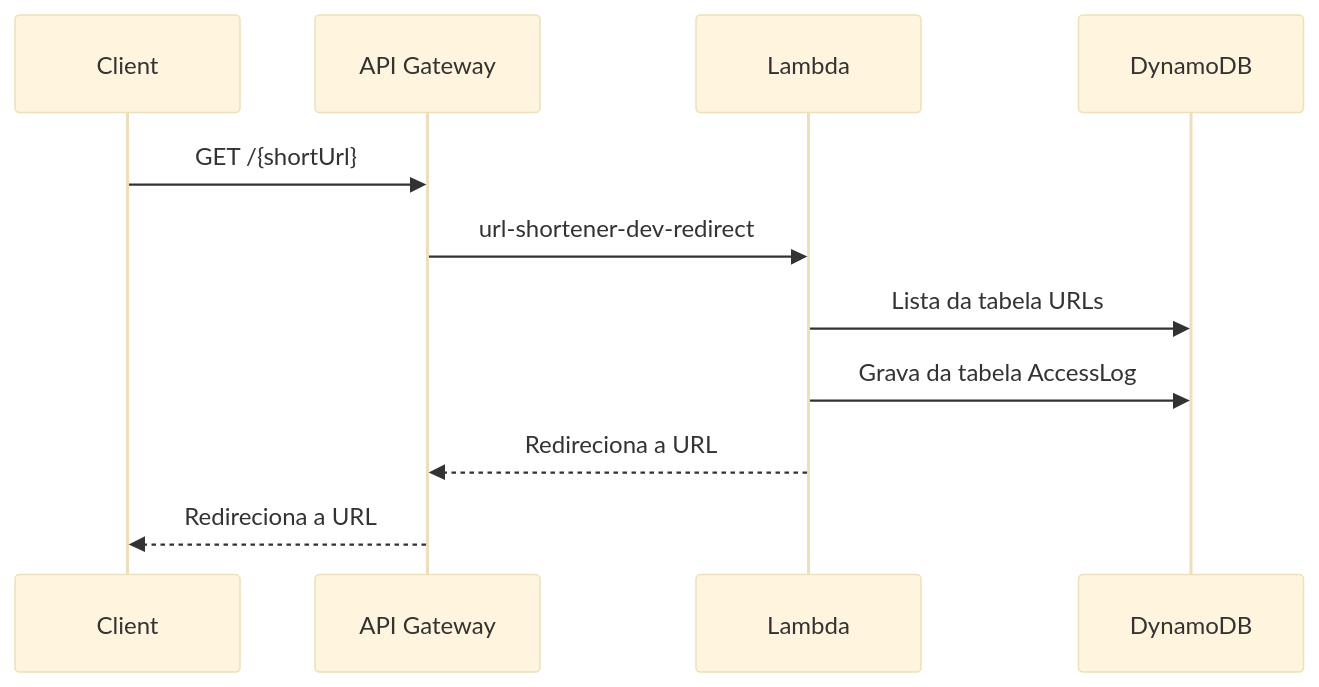
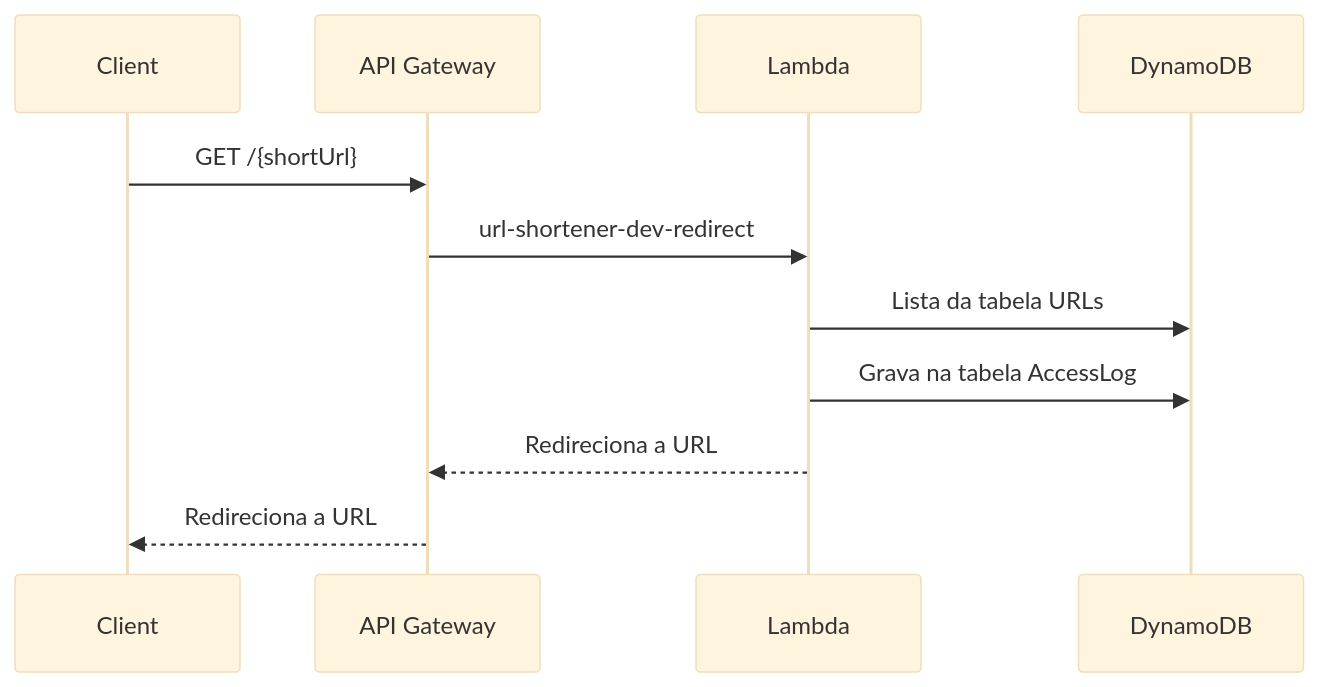
Before and after one commit to guimathiago/url-shortener: the third of 4 diagrams in README.md, drawn with Mermaid (base theme). The commit also changed other lines of this file, not shown here.

````diff
--- a/README.md
+++ b/README.md
@@ -98,14 +99,14 @@
 ```mermaid
 sequenceDiagram
 participant Client
 participant API Gateway
 participant Lambda
 participant DynamoDB
 
 Client->>API Gateway: GET /{shortUrl}
 API Gateway->>Lambda: url-shortener-dev-redirect
 Lambda->>DynamoDB: Lista da tabela URLs
-Lambda->>DynamoDB: Grava da tabela AccessLog
+Lambda->>DynamoDB: Grava na tabela AccessLog
 Lambda-->>API Gateway: Redireciona a URL
 API Gateway-->>Client: Redireciona a URL
 ```
````
